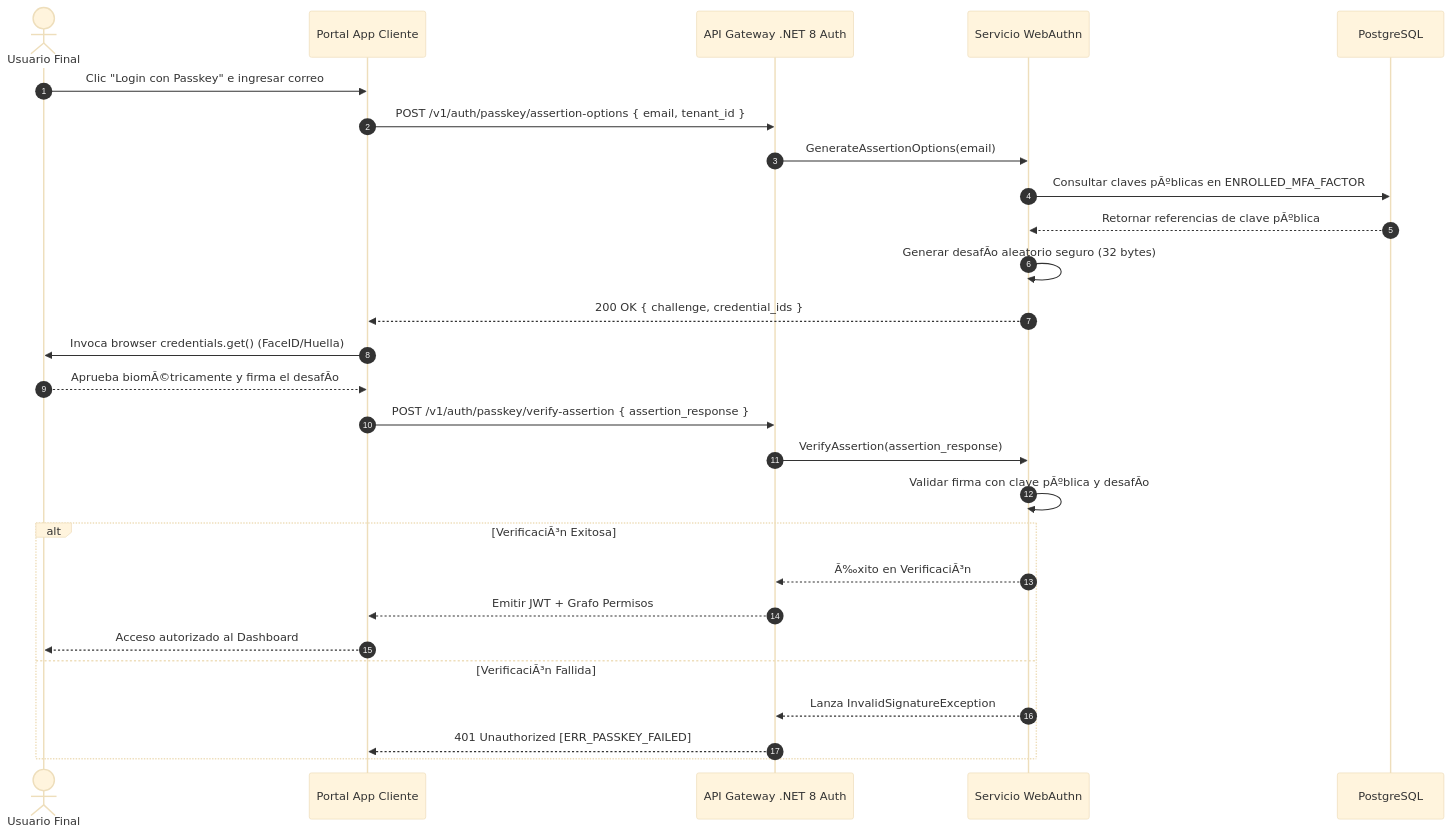
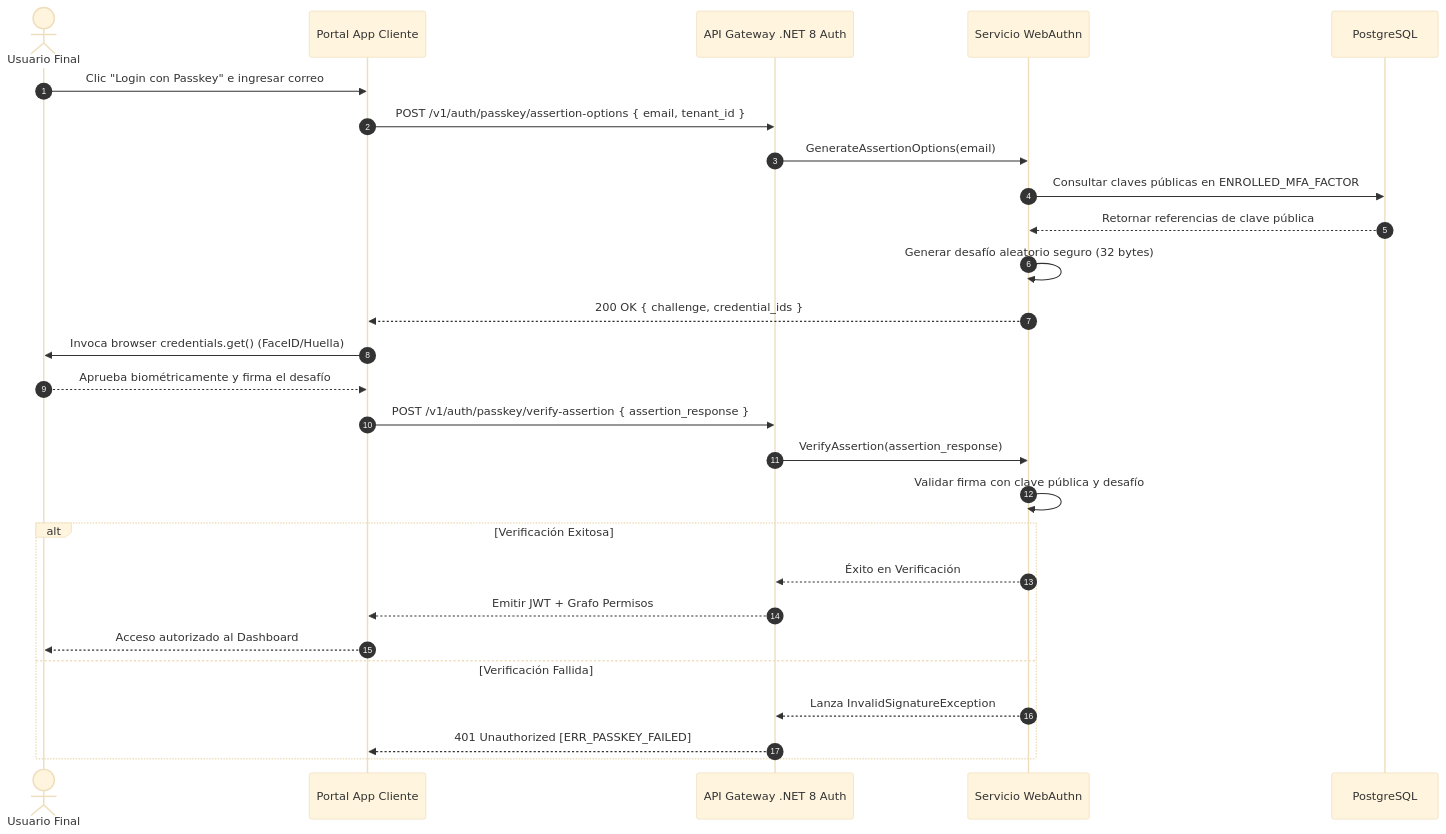
Before and after one commit to beyondnetcode/ums: the second of 2 diagrams in src/ums-workspace/docs/es/01-requirements/functional-stories/fs-09-mfa-passwordless-adaptive-auth.md, drawn with Mermaid (base theme). The commit also changed other lines of this file and 9 other files, not shown here.

````diff
--- a/src/ums-workspace/docs/es/01-requirements/functional-stories/fs-09-mfa-passwordless-adaptive-auth.md
+++ b/src/ums-workspace/docs/es/01-requirements/functional-stories/fs-09-mfa-passwordless-adaptive-auth.md
@@ -61,30 +61,30 @@
 ```mermaid
 sequenceDiagram
     autonumber
     actor User as Usuario Final
     participant Portal as Portal App Cliente
     participant Gateway as API Gateway .NET 8 Auth
     participant WebAuthn as Servicio WebAuthn
     participant DB as PostgreSQL
 
     User->>Portal: Clic "Login con Passkey" e ingresar correo
     Portal->>Gateway: POST /v1/auth/passkey/assertion-options { email, tenant_id }
     Gateway->>WebAuthn: GenerateAssertionOptions(email)
-    WebAuthn->>DB: Consultar claves pÃºblicas en ENROLLED_MFA_FACTOR
-    DB-->>WebAuthn: Retornar referencias de clave pÃºblica
-    WebAuthn->>WebAuthn: Generar desafÃ­o aleatorio seguro (32 bytes)
+    WebAuthn->>DB: Consultar claves públicas en ENROLLED_MFA_FACTOR
+    DB-->>WebAuthn: Retornar referencias de clave pública
+    WebAuthn->>WebAuthn: Generar desafío aleatorio seguro (32 bytes)
     WebAuthn-->>Portal: 200 OK { challenge, credential_ids }
     Portal->>User: Invoca browser credentials.get() (FaceID/Huella)
-    User-->>Portal: Aprueba biomÃ©tricamente y firma el desafÃ­o
+    User-->>Portal: Aprueba biométricamente y firma el desafío
     Portal->>Gateway: POST /v1/auth/passkey/verify-assertion { assertion_response }
     Gateway->>WebAuthn: VerifyAssertion(assertion_response)
-    WebAuthn->>WebAuthn: Validar firma con clave pÃºblica y desafÃ­o
-    alt VerificaciÃ³n Exitosa
-        WebAuthn-->>Gateway: Ã‰xito en VerificaciÃ³n
+    WebAuthn->>WebAuthn: Validar firma con clave pública y desafío
+    alt Verificación Exitosa
+        WebAuthn-->>Gateway: Éxito en Verificación
         Gateway-->>Portal: Emitir JWT + Grafo Permisos
         Portal-->>User: Acceso autorizado al Dashboard
-    else VerificaciÃ³n Fallida
+    else Verificación Fallida
         WebAuthn-->>Gateway: Lanza InvalidSignatureException
         Gateway-->>Portal: 401 Unauthorized [ERR_PASSKEY_FAILED]
     end
 ```
````
